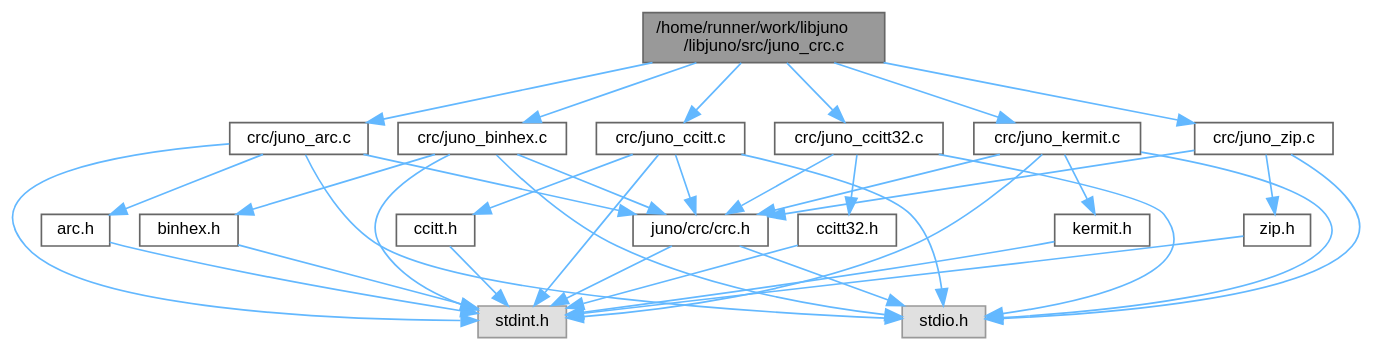
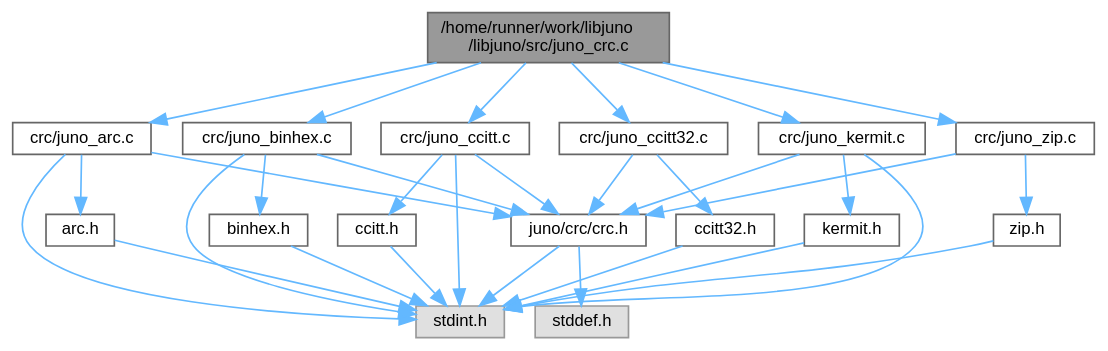
The diagram in juno__crc_8c__incl.dot (robinonsay/libjuno), drawn with Graphviz before and after one commit. The commit also changed 156 other files, not shown here.

```diff
--- a/juno__crc_8c__incl.dot
+++ b/juno__crc_8c__incl.dot
@@ -1,59 +1,53 @@
 digraph "/home/runner/work/libjuno/libjuno/src/juno_crc.c"
 {
  // LATEX_PDF_SIZE
   bgcolor="transparent";
   edge [fontname=Helvetica,fontsize=10,labelfontname=Helvetica,labelfontsize=10];
   node [fontname=Helvetica,fontsize=10,shape=box,height=0.2,width=0.4];
   Node1 [id="Node000001",label="/home/runner/work/libjuno\l/libjuno/src/juno_crc.c",height=0.2,width=0.4,color="gray40", fillcolor="grey60", style="filled", fontcolor="black",tooltip=" "];
   Node1 -> Node2 [id="edge1_Node000001_Node000002",color="steelblue1",style="solid",tooltip=" "];
   Node2 [id="Node000002",label="crc/juno_arc.c",height=0.2,width=0.4,color="grey40", fillcolor="white", style="filled",URL="$juno__arc_8c.html",tooltip=" "];
   Node2 -> Node3 [id="edge2_Node000002_Node000003",color="steelblue1",style="solid",tooltip=" "];
   Node3 [id="Node000003",label="juno/crc/crc.h",height=0.2,width=0.4,color="grey40", fillcolor="white", style="filled",URL="$crc_8h.html",tooltip=" "];
   Node3 -> Node4 [id="edge3_Node000003_Node000004",color="steelblue1",style="solid",tooltip=" "];
-  Node4 [id="Node000004",label="stdio.h",height=0.2,width=0.4,color="grey60", fillcolor="#E0E0E0", style="filled",tooltip=" "];
+  Node4 [id="Node000004",label="stddef.h",height=0.2,width=0.4,color="grey60", fillcolor="#E0E0E0", style="filled",tooltip=" "];
   Node3 -> Node5 [id="edge4_Node000003_Node000005",color="steelblue1",style="solid",tooltip=" "];
   Node5 [id="Node000005",label="stdint.h",height=0.2,width=0.4,color="grey60", fillcolor="#E0E0E0", style="filled",tooltip=" "];
   Node2 -> Node5 [id="edge5_Node000002_Node000005",color="steelblue1",style="solid",tooltip=" "];
-  Node2 -> Node4 [id="edge6_Node000002_Node000004",color="steelblue1",style="solid",tooltip=" "];
-  Node2 -> Node6 [id="edge7_Node000002_Node000006",color="steelblue1",style="solid",tooltip=" "];
+  Node2 -> Node6 [id="edge6_Node000002_Node000006",color="steelblue1",style="solid",tooltip=" "];
   Node6 [id="Node000006",label="arc.h",height=0.2,width=0.4,color="grey40", fillcolor="white", style="filled",URL="$arc_8h.html",tooltip=" "];
-  Node6 -> Node5 [id="edge8_Node000006_Node000005",color="steelblue1",style="solid",tooltip=" "];
-  Node1 -> Node7 [id="edge9_Node000001_Node000007",color="steelblue1",style="solid",tooltip=" "];
+  Node6 -> Node5 [id="edge7_Node000006_Node000005",color="steelblue1",style="solid",tooltip=" "];
+  Node1 -> Node7 [id="edge8_Node000001_Node000007",color="steelblue1",style="solid",tooltip=" "];
   Node7 [id="Node000007",label="crc/juno_binhex.c",height=0.2,width=0.4,color="grey40", fillcolor="white", style="filled",URL="$juno__binhex_8c.html",tooltip=" "];
-  Node7 -> Node3 [id="edge10_Node000007_Node000003",color="steelblue1",style="solid",tooltip=" "];
-  Node7 -> Node5 [id="edge11_Node000007_Node000005",color="steelblue1",style="solid",tooltip=" "];
-  Node7 -> Node4 [id="edge12_Node000007_Node000004",color="steelblue1",style="solid",tooltip=" "];
-  Node7 -> Node8 [id="edge13_Node000007_Node000008",color="steelblue1",style="solid",tooltip=" "];
+  Node7 -> Node3 [id="edge9_Node000007_Node000003",color="steelblue1",style="solid",tooltip=" "];
+  Node7 -> Node5 [id="edge10_Node000007_Node000005",color="steelblue1",style="solid",tooltip=" "];
+  Node7 -> Node8 [id="edge11_Node000007_Node000008",color="steelblue1",style="solid",tooltip=" "];
   Node8 [id="Node000008",label="binhex.h",height=0.2,width=0.4,color="grey40", fillcolor="white", style="filled",URL="$binhex_8h.html",tooltip=" "];
-  Node8 -> Node5 [id="edge14_Node000008_Node000005",color="steelblue1",style="solid",tooltip=" "];
-  Node1 -> Node9 [id="edge15_Node000001_Node000009",color="steelblue1",style="solid",tooltip=" "];
+  Node8 -> Node5 [id="edge12_Node000008_Node000005",color="steelblue1",style="solid",tooltip=" "];
+  Node1 -> Node9 [id="edge13_Node000001_Node000009",color="steelblue1",style="solid",tooltip=" "];
   Node9 [id="Node000009",label="crc/juno_ccitt.c",height=0.2,width=0.4,color="grey40", fillcolor="white", style="filled",URL="$juno__ccitt_8c.html",tooltip=" "];
-  Node9 -> Node3 [id="edge16_Node000009_Node000003",color="steelblue1",style="solid",tooltip=" "];
-  Node9 -> Node5 [id="edge17_Node000009_Node000005",color="steelblue1",style="solid",tooltip=" "];
-  Node9 -> Node4 [id="edge18_Node000009_Node000004",color="steelblue1",style="solid",tooltip=" "];
-  Node9 -> Node10 [id="edge19_Node000009_Node000010",color="steelblue1",style="solid",tooltip=" "];
+  Node9 -> Node3 [id="edge14_Node000009_Node000003",color="steelblue1",style="solid",tooltip=" "];
+  Node9 -> Node5 [id="edge15_Node000009_Node000005",color="steelblue1",style="solid",tooltip=" "];
+  Node9 -> Node10 [id="edge16_Node000009_Node000010",color="steelblue1",style="solid",tooltip=" "];
   Node10 [id="Node000010",label="ccitt.h",height=0.2,width=0.4,color="grey40", fillcolor="white", style="filled",URL="$ccitt_8h.html",tooltip=" "];
-  Node10 -> Node5 [id="edge20_Node000010_Node000005",color="steelblue1",style="solid",tooltip=" "];
-  Node1 -> Node11 [id="edge21_Node000001_Node000011",color="steelblue1",style="solid",tooltip=" "];
+  Node10 -> Node5 [id="edge17_Node000010_Node000005",color="steelblue1",style="solid",tooltip=" "];
+  Node1 -> Node11 [id="edge18_Node000001_Node000011",color="steelblue1",style="solid",tooltip=" "];
   Node11 [id="Node000011",label="crc/juno_ccitt32.c",height=0.2,width=0.4,color="grey40", fillcolor="white", style="filled",URL="$juno__ccitt32_8c.html",tooltip=" "];
-  Node11 -> Node3 [id="edge22_Node000011_Node000003",color="steelblue1",style="solid",tooltip=" "];
-  Node11 -> Node12 [id="edge23_Node000011_Node000012",color="steelblue1",style="solid",tooltip=" "];
+  Node11 -> Node3 [id="edge19_Node000011_Node000003",color="steelblue1",style="solid",tooltip=" "];
+  Node11 -> Node12 [id="edge20_Node000011_Node000012",color="steelblue1",style="solid",tooltip=" "];
   Node12 [id="Node000012",label="ccitt32.h",height=0.2,width=0.4,color="grey40", fillcolor="white", style="filled",URL="$ccitt32_8h.html",tooltip=" "];
-  Node12 -> Node5 [id="edge24_Node000012_Node000005",color="steelblue1",style="solid",tooltip=" "];
-  Node11 -> Node4 [id="edge25_Node000011_Node000004",color="steelblue1",style="solid",tooltip=" "];
-  Node1 -> Node13 [id="edge26_Node000001_Node000013",color="steelblue1",style="solid",tooltip=" "];
+  Node12 -> Node5 [id="edge21_Node000012_Node000005",color="steelblue1",style="solid",tooltip=" "];
+  Node1 -> Node13 [id="edge22_Node000001_Node000013",color="steelblue1",style="solid",tooltip=" "];
   Node13 [id="Node000013",label="crc/juno_kermit.c",height=0.2,width=0.4,color="grey40", fillcolor="white", style="filled",URL="$juno__kermit_8c.html",tooltip=" "];
-  Node13 -> Node3 [id="edge27_Node000013_Node000003",color="steelblue1",style="solid",tooltip=" "];
-  Node13 -> Node5 [id="edge28_Node000013_Node000005",color="steelblue1",style="solid",tooltip=" "];
-  Node13 -> Node4 [id="edge29_Node000013_Node000004",color="steelblue1",style="solid",tooltip=" "];
-  Node13 -> Node14 [id="edge30_Node000013_Node000014",color="steelblue1",style="solid",tooltip=" "];
+  Node13 -> Node3 [id="edge23_Node000013_Node000003",color="steelblue1",style="solid",tooltip=" "];
+  Node13 -> Node5 [id="edge24_Node000013_Node000005",color="steelblue1",style="solid",tooltip=" "];
+  Node13 -> Node14 [id="edge25_Node000013_Node000014",color="steelblue1",style="solid",tooltip=" "];
   Node14 [id="Node000014",label="kermit.h",height=0.2,width=0.4,color="grey40", fillcolor="white", style="filled",URL="$kermit_8h.html",tooltip=" "];
-  Node14 -> Node5 [id="edge31_Node000014_Node000005",color="steelblue1",style="solid",tooltip=" "];
-  Node1 -> Node15 [id="edge32_Node000001_Node000015",color="steelblue1",style="solid",tooltip=" "];
+  Node14 -> Node5 [id="edge26_Node000014_Node000005",color="steelblue1",style="solid",tooltip=" "];
+  Node1 -> Node15 [id="edge27_Node000001_Node000015",color="steelblue1",style="solid",tooltip=" "];
   Node15 [id="Node000015",label="crc/juno_zip.c",height=0.2,width=0.4,color="grey40", fillcolor="white", style="filled",URL="$juno__zip_8c.html",tooltip=" "];
-  Node15 -> Node3 [id="edge33_Node000015_Node000003",color="steelblue1",style="solid",tooltip=" "];
-  Node15 -> Node4 [id="edge34_Node000015_Node000004",color="steelblue1",style="solid",tooltip=" "];
-  Node15 -> Node16 [id="edge35_Node000015_Node000016",color="steelblue1",style="solid",tooltip=" "];
+  Node15 -> Node3 [id="edge28_Node000015_Node000003",color="steelblue1",style="solid",tooltip=" "];
+  Node15 -> Node16 [id="edge29_Node000015_Node000016",color="steelblue1",style="solid",tooltip=" "];
   Node16 [id="Node000016",label="zip.h",height=0.2,width=0.4,color="grey40", fillcolor="white", style="filled",URL="$zip_8h.html",tooltip=" "];
-  Node16 -> Node5 [id="edge36_Node000016_Node000005",color="steelblue1",style="solid",tooltip=" "];
+  Node16 -> Node5 [id="edge30_Node000016_Node000005",color="steelblue1",style="solid",tooltip=" "];
 }
```
